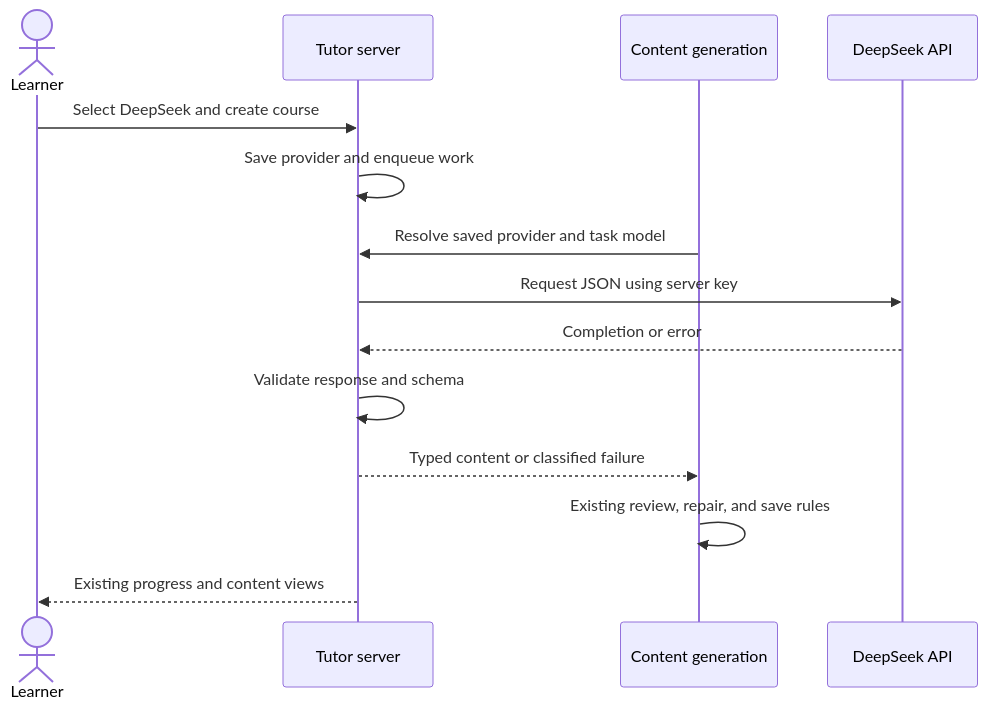
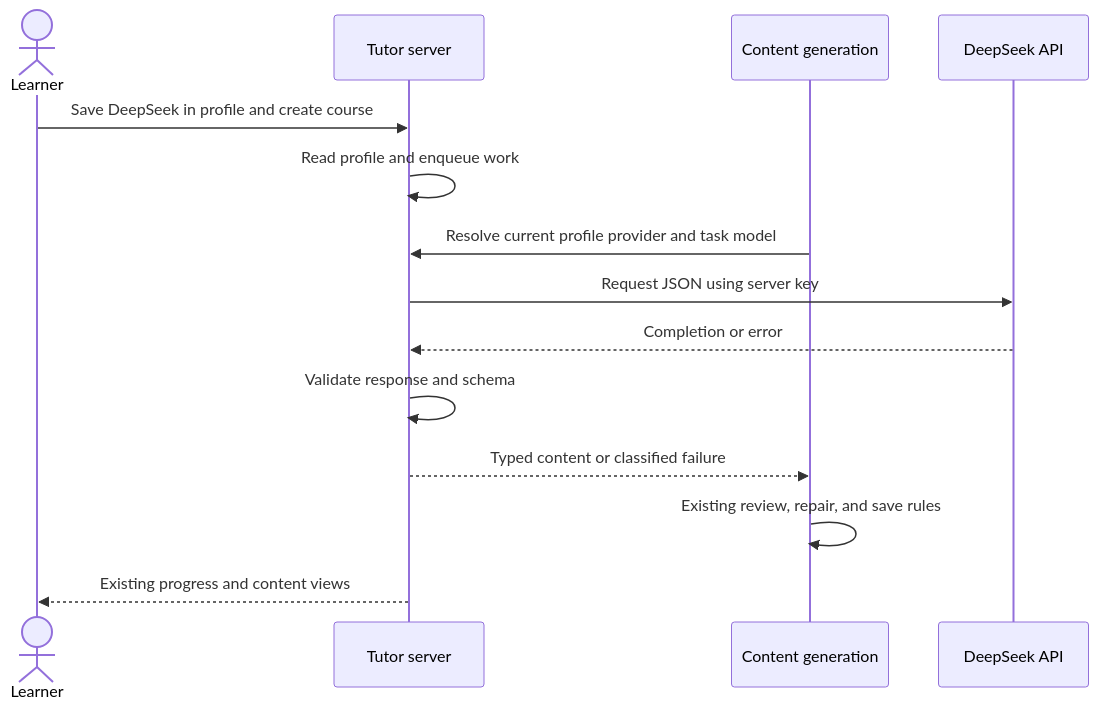
The diagram in specs/deepseek-api/spec.md (muthuspark/mastery-tutor), drawn with Mermaid before and after one commit. The commit also changed other lines of this file and 48 other files, not shown here.

Commit message:
Add DeepSeek learning agent support and refine homepage typography

````diff
--- a/specs/deepseek-api/spec.md
+++ b/specs/deepseek-api/spec.md
@@ -92,16 +91,16 @@
 ```mermaid
 sequenceDiagram
     actor Learner
     participant App as Tutor server
     participant Worker as Content generation
     participant API as DeepSeek API
-    Learner->>App: Select DeepSeek and create course
-    App->>App: Save provider and enqueue work
-    Worker->>App: Resolve saved provider and task model
+    Learner->>App: Save DeepSeek in profile and create course
+    App->>App: Read profile and enqueue work
+    Worker->>App: Resolve current profile provider and task model
     App->>API: Request JSON using server key
     API-->>App: Completion or error
     App->>App: Validate response and schema
     App-->>Worker: Typed content or classified failure
     Worker->>Worker: Existing review, repair, and save rules
     App-->>Learner: Existing progress and content views
 ```
````
